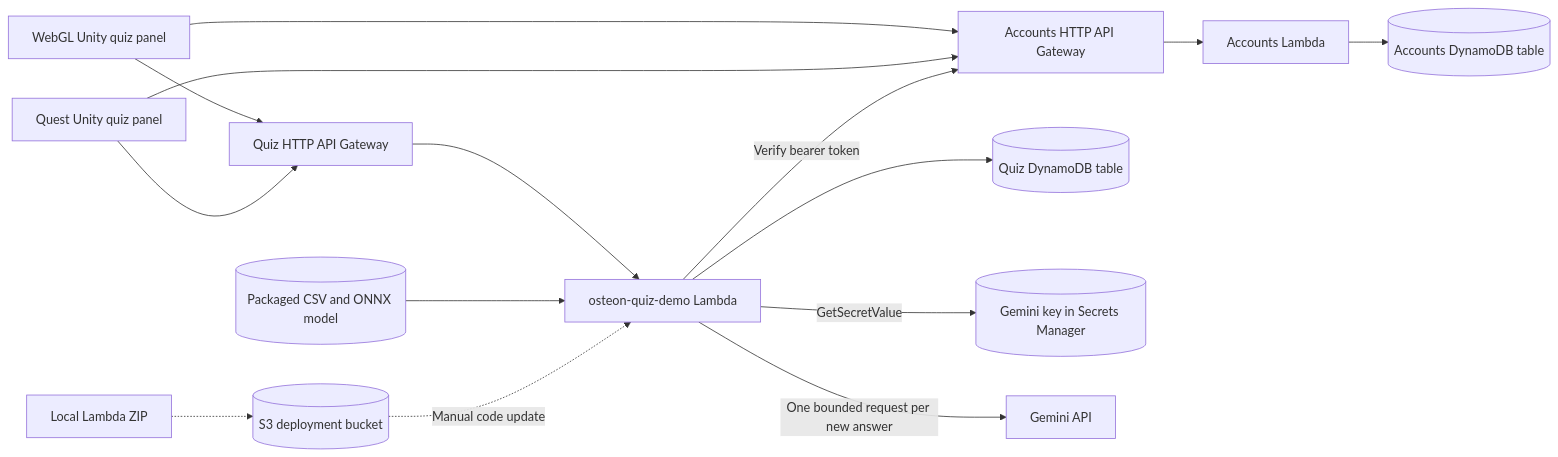
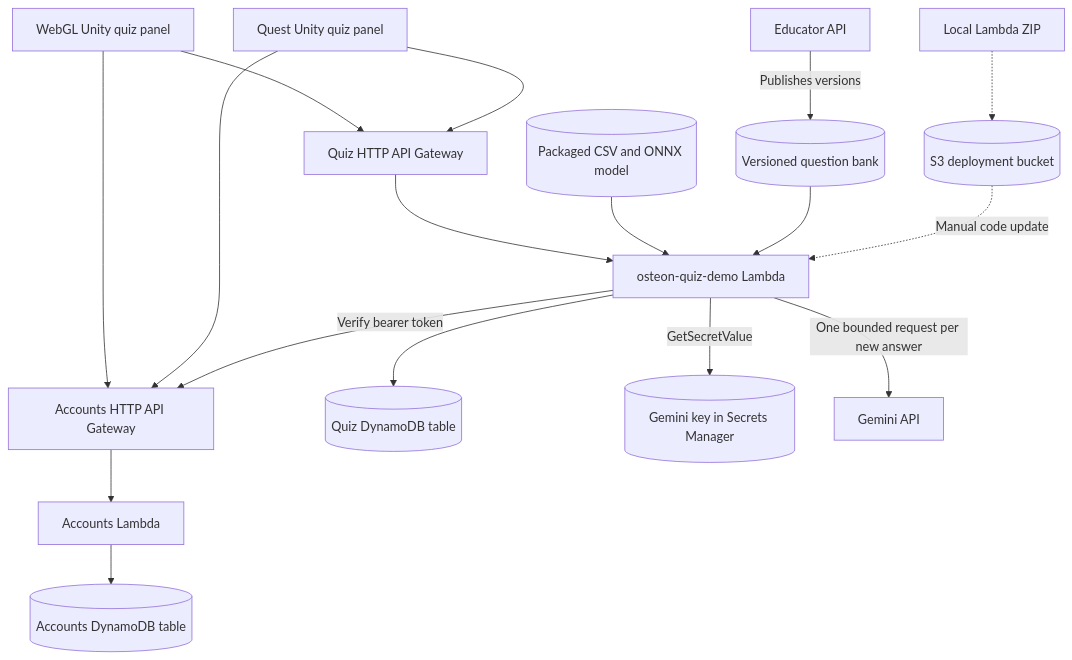
One commit to harrywvu/Osteon changed the diagram in Docs/AWS_ARCHITECTURE.md. Above: the diagram before and after it, drawn with Mermaid. The commit also changed other lines of this file and 37 other files, not shown here.

````diff
--- a/Docs/AWS_ARCHITECTURE.md
+++ b/Docs/AWS_ARCHITECTURE.md
@@ -8,17 +8,19 @@
 ```mermaid
-flowchart LR
+flowchart TD
     Web[WebGL Unity quiz panel] --> QuizAPI[Quiz HTTP API Gateway]
     Quest[Quest Unity quiz panel] --> QuizAPI
     Web --> AccountsAPI[Accounts HTTP API Gateway]
     Quest --> AccountsAPI
     AccountsAPI --> AccountsLambda[Accounts Lambda]
     AccountsLambda --> AccountsTable[(Accounts DynamoDB table)]
     QuizAPI --> QuizLambda[osteon-quiz-demo Lambda]
     QuizLambda -->|Verify bearer token| AccountsAPI
     QuizLambda --> QuizTable[(Quiz DynamoDB table)]
     Model[(Packaged CSV and ONNX model)] --> QuizLambda
+    Bank[(Versioned question bank)] --> QuizLambda
+    Educator[Educator API] -->|Publishes versions| Bank
     QuizLambda -->|GetSecretValue| Secret[(Gemini key in Secrets Manager)]
     QuizLambda -->|One bounded request per new answer| Gemini[Gemini API]
     Package[Local Lambda ZIP] -.-> Bucket[(S3 deployment bucket)]
     Bucket -.->|Manual code update| QuizLambda
 ```
````
